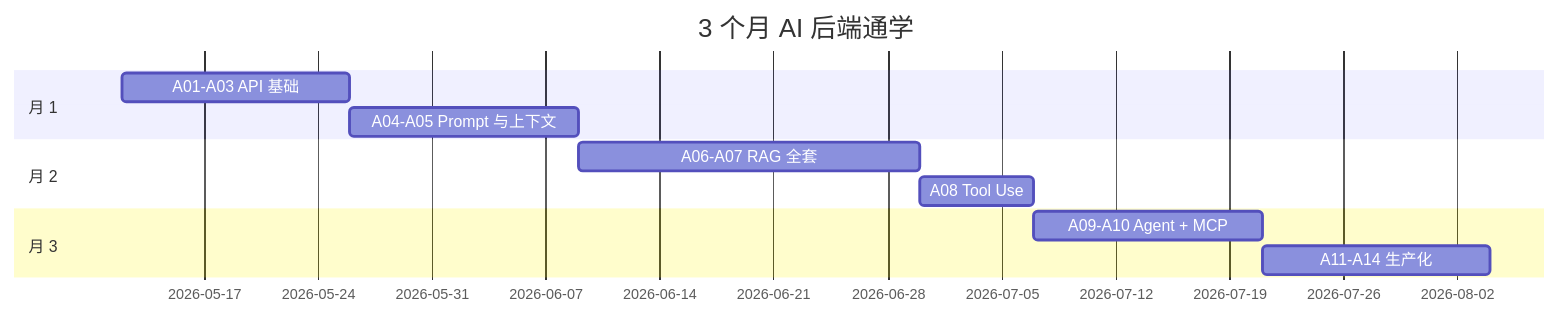
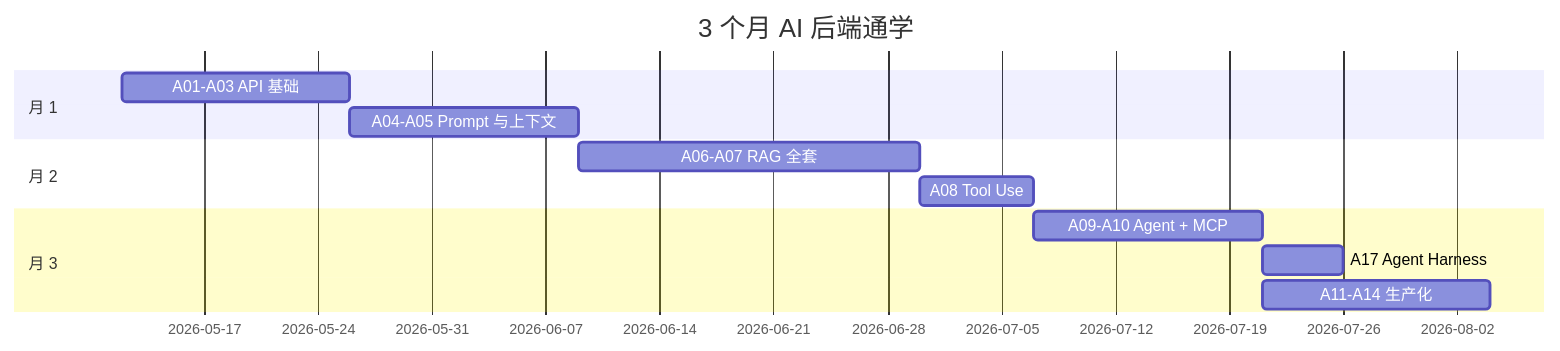
One commit to Kirby980/backend-handbook changed diagram 13 of 17 in ai-backend/ROADMAP.md. Above: the diagram before and after it, drawn with Mermaid. The commit also changed other lines of this file and 16 other files, not shown here.

````diff
--- a/ai-backend/ROADMAP.md
+++ b/ai-backend/ROADMAP.md
@@ -237,14 +271,15 @@
 ```mermaid
 gantt
     title 3 个月 AI 后端通学
     dateFormat YYYY-MM-DD
     section 月 1
     A01-A03 API 基础            :a1, 2026-05-12, 14d
     A04-A05 Prompt 与上下文     :a2, after a1, 14d
     section 月 2
     A06-A07 RAG 全套            :a3, after a2, 21d
     A08 Tool Use                :a4, after a3, 7d
     section 月 3
     A09-A10 Agent + MCP         :a5, after a4, 14d
+    A17 Agent Harness           :a5b, after a5, 5d
     A11-A14 生产化              :a6, after a5, 14d
 ```
````
